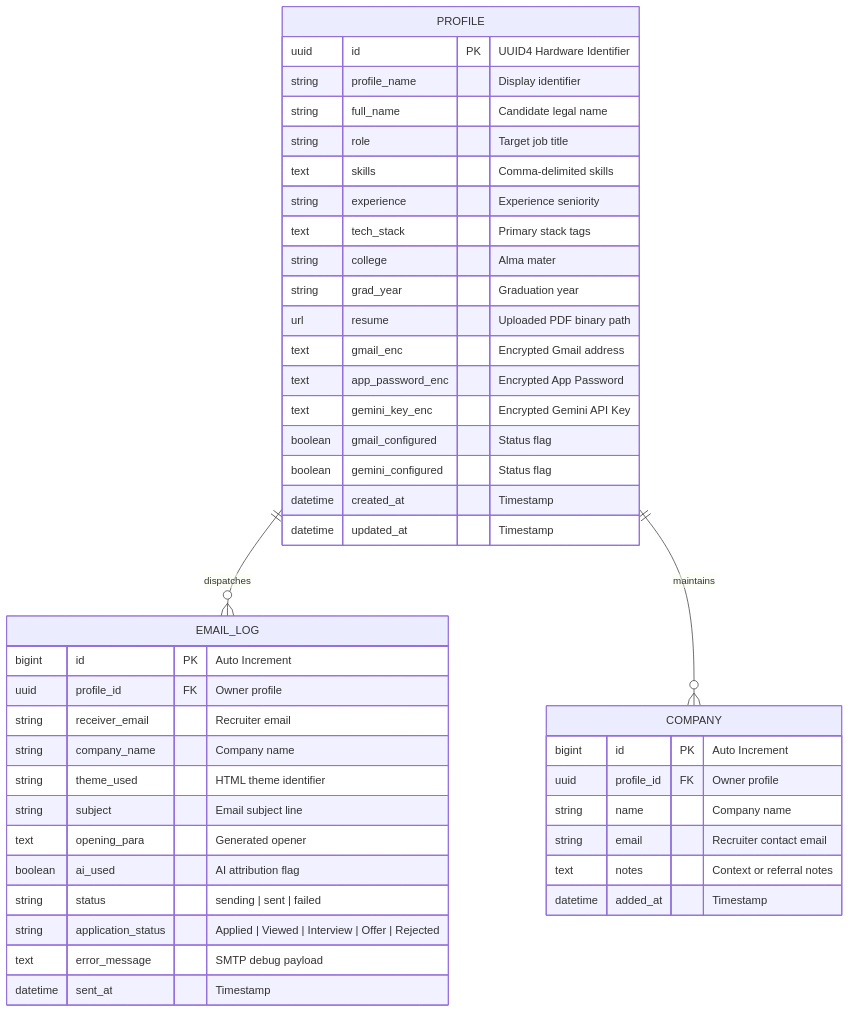
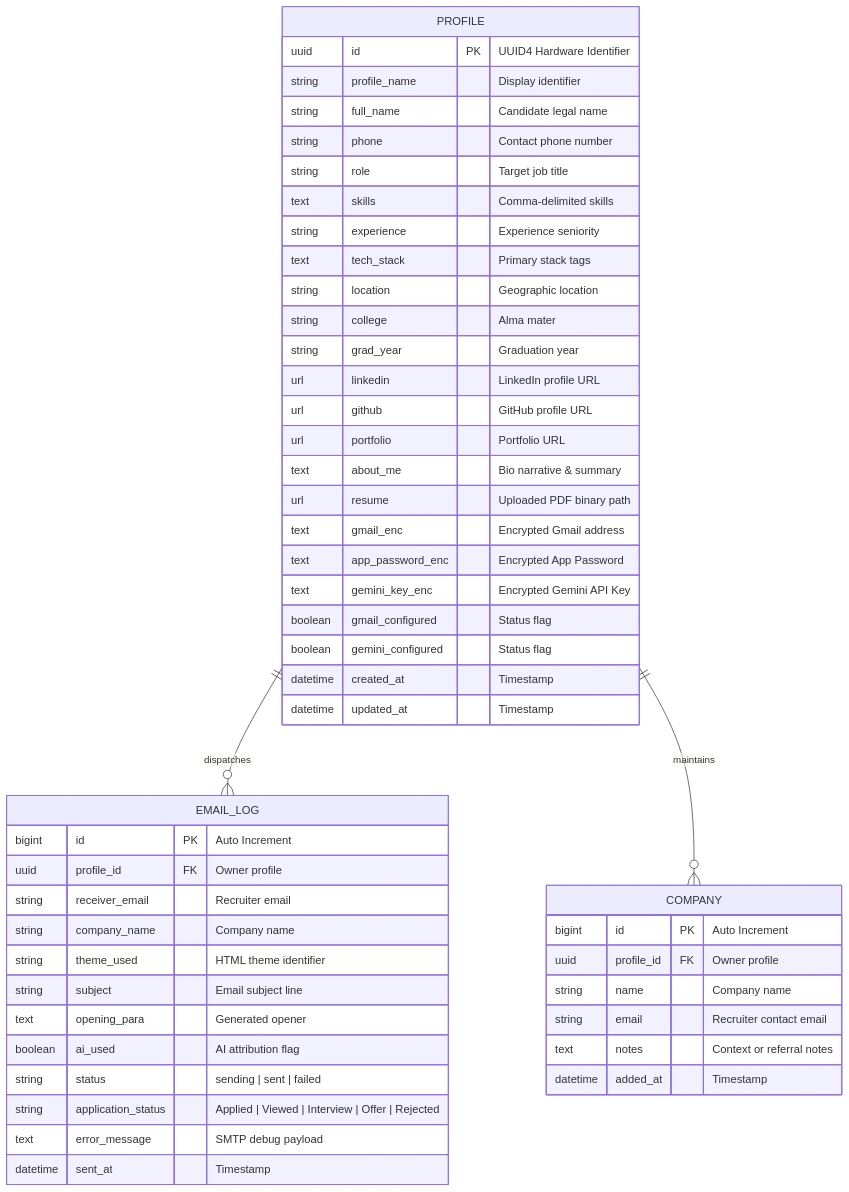
Before and after one commit to gautam1432002/Job-Email-App: the seventh of 10 diagrams in PROJECT_DOCUMENTATION.md, drawn with Mermaid. The commit also changed other lines of this file and 1 other file, not shown here.

Commit message:
docs: complete missing endpoints, ER fields, UX systems, and Option 7 desktop client in PROJECT_DOCUMENTATION.md

````diff
--- a/PROJECT_DOCUMENTATION.md
+++ b/PROJECT_DOCUMENTATION.md
@@ -540,49 +687,55 @@
 ```mermaid
 erDiagram
     PROFILE ||--o{ EMAIL_LOG : "dispatches"
     PROFILE ||--o{ COMPANY : "maintains"
 
     PROFILE {
         uuid id PK "UUID4 Hardware Identifier"
         string profile_name "Display identifier"
         string full_name "Candidate legal name"
+        string phone "Contact phone number"
         string role "Target job title"
         text skills "Comma-delimited skills"
         string experience "Experience seniority"
         text tech_stack "Primary stack tags"
+        string location "Geographic location"
         string college "Alma mater"
         string grad_year "Graduation year"
+        url linkedin "LinkedIn profile URL"
+        url github "GitHub profile URL"
+        url portfolio "Portfolio URL"
+        text about_me "Bio narrative & summary"
         url resume "Uploaded PDF binary path"
         text gmail_enc "Encrypted Gmail address"
         text app_password_enc "Encrypted App Password"
         text gemini_key_enc "Encrypted Gemini API Key"
         boolean gmail_configured "Status flag"
         boolean gemini_configured "Status flag"
         datetime created_at "Timestamp"
         datetime updated_at "Timestamp"
     }
 
     EMAIL_LOG {
         bigint id PK "Auto Increment"
         uuid profile_id FK "Owner profile"
         string receiver_email "Recruiter email"
         string company_name "Company name"
         string theme_used "HTML theme identifier"
         string subject "Email subject line"
         text opening_para "Generated opener"
         boolean ai_used "AI attribution flag"
         string status "sending | sent | failed"
         string application_status "Applied | Viewed | Interview | Offer | Rejected"
         text error_message "SMTP debug payload"
         datetime sent_at "Timestamp"
     }
 
     COMPANY {
         bigint id PK "Auto Increment"
         uuid profile_id FK "Owner profile"
         string name "Company name"
         string email "Recruiter contact email"
         text notes "Context or referral notes"
         datetime added_at "Timestamp"
     }
 ```
````
